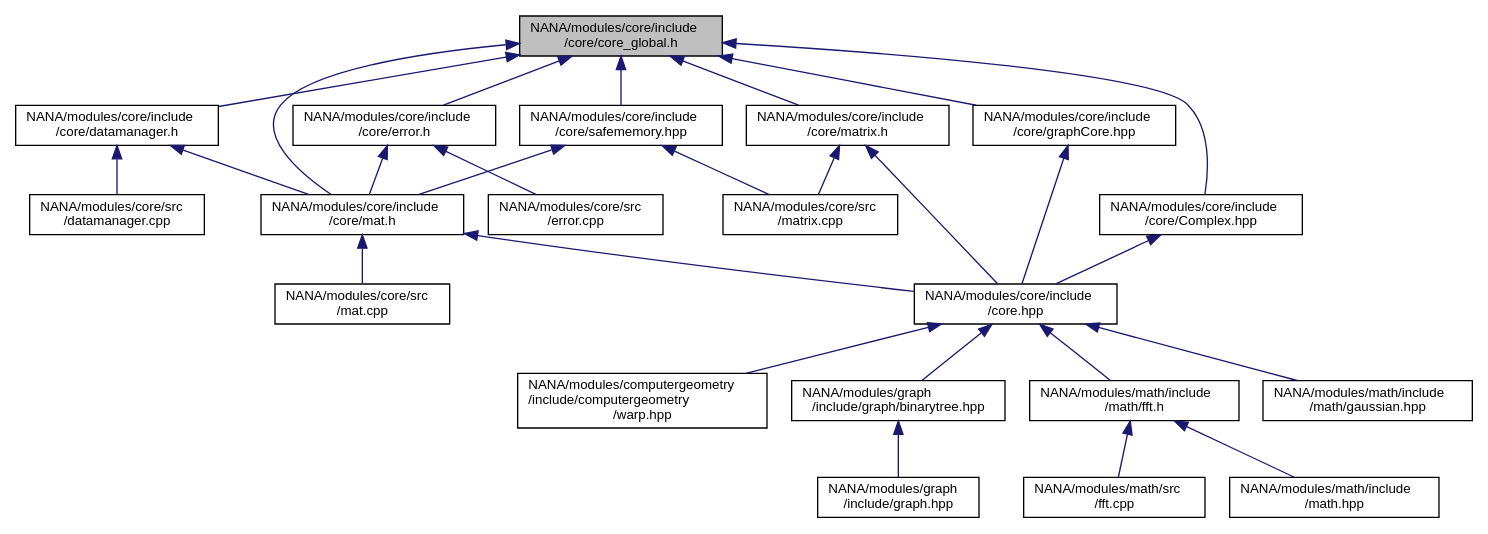
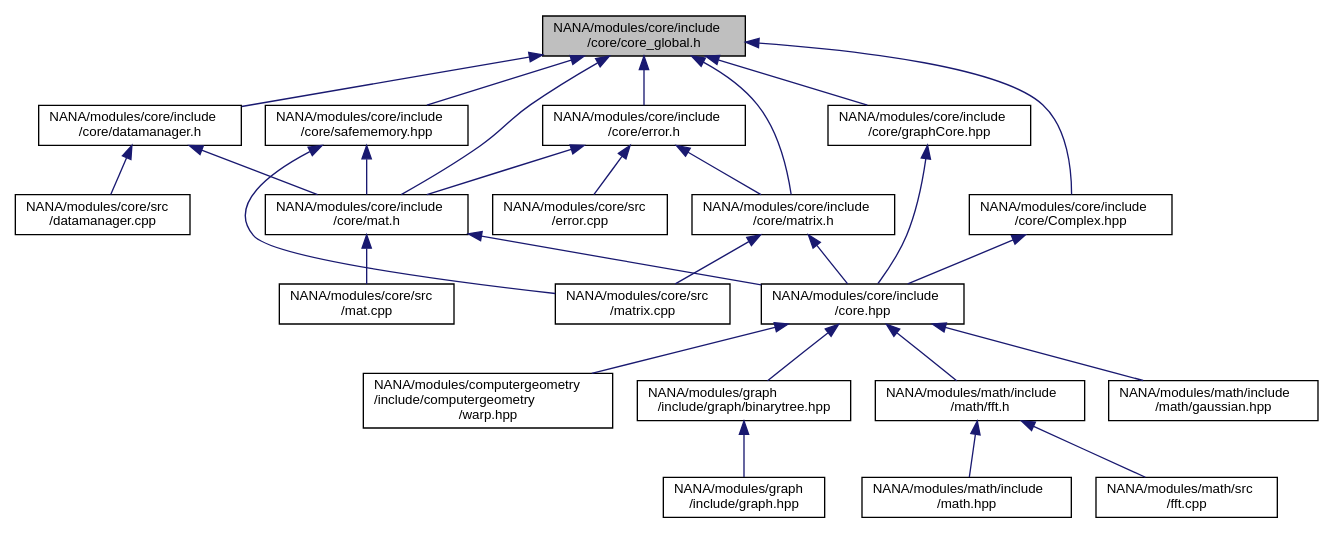
One commit to YuruTu/NANA changed the diagram in docs/core__global_8h__dep__incl.dot. Above: the diagram before and after it, drawn with Graphviz. The commit also changed 99 other files, not shown here.

```diff
--- a/docs/core__global_8h__dep__incl.dot
+++ b/docs/core__global_8h__dep__incl.dot
@@ -1,52 +1,53 @@
 digraph "NANA/modules/core/include/core/core_global.h"
 {
  // LATEX_PDF_SIZE
   edge [fontname="Helvetica",fontsize="10",labelfontname="Helvetica",labelfontsize="10"];
   node [fontname="Helvetica",fontsize="10",shape=record];
   Node1 [label="NANA/modules/core/include\l/core/core_global.h",height=0.2,width=0.4,color="black", fillcolor="grey75", style="filled", fontcolor="black",tooltip="全局头文件"];
   Node1 -> Node2 [dir="back",color="midnightblue",fontsize="10",style="solid",fontname="Helvetica"];
   Node2 [label="NANA/modules/core/include\l/core/Complex.hpp",height=0.2,width=0.4,color="black", fillcolor="white", style="filled",URL="$_complex_8hpp.html",tooltip="实现复数"];
   Node2 -> Node3 [dir="back",color="midnightblue",fontsize="10",style="solid",fontname="Helvetica"];
   Node3 [label="NANA/modules/core/include\l/core.hpp",height=0.2,width=0.4,color="black", fillcolor="white", style="filled",URL="$core_8hpp.html",tooltip="包含基本的数据结构等"];
   Node3 -> Node4 [dir="back",color="midnightblue",fontsize="10",style="solid",fontname="Helvetica"];
   Node4 [label="NANA/modules/computergeometry\l/include/computergeometry\l/warp.hpp",height=0.2,width=0.4,color="black", fillcolor="white", style="filled",URL="$warp_8hpp.html",tooltip="实现点集的仿射变换和透视变换"];
   Node3 -> Node5 [dir="back",color="midnightblue",fontsize="10",style="solid",fontname="Helvetica"];
   Node5 [label="NANA/modules/graph\l/include/graph/binarytree.hpp",height=0.2,width=0.4,color="black", fillcolor="white", style="filled",URL="$binarytree_8hpp.html",tooltip="实现二叉树的模板"];
   Node5 -> Node6 [dir="back",color="midnightblue",fontsize="10",style="solid",fontname="Helvetica"];
   Node6 [label="NANA/modules/graph\l/include/graph.hpp",height=0.2,width=0.4,color="black", fillcolor="white", style="filled",URL="$graph_8hpp.html",tooltip="实现图论相关算法"];
   Node3 -> Node7 [dir="back",color="midnightblue",fontsize="10",style="solid",fontname="Helvetica"];
   Node7 [label="NANA/modules/math/include\l/math/fft.h",height=0.2,width=0.4,color="black", fillcolor="white", style="filled",URL="$fft_8h_source.html",tooltip=" "];
   Node7 -> Node8 [dir="back",color="midnightblue",fontsize="10",style="solid",fontname="Helvetica"];
   Node8 [label="NANA/modules/math/include\l/math.hpp",height=0.2,width=0.4,color="black", fillcolor="white", style="filled",URL="$math_8hpp.html",tooltip="实现基本的数学运算"];
   Node7 -> Node9 [dir="back",color="midnightblue",fontsize="10",style="solid",fontname="Helvetica"];
   Node9 [label="NANA/modules/math/src\l/fft.cpp",height=0.2,width=0.4,color="black", fillcolor="white", style="filled",URL="$fft_8cpp_source.html",tooltip=" "];
   Node3 -> Node10 [dir="back",color="midnightblue",fontsize="10",style="solid",fontname="Helvetica"];
-  Node10 [label="NANA/modules/math/include\l/math/gaussian.hpp",height=0.2,width=0.4,color="black", fillcolor="white", style="filled",URL="$gaussian_8hpp_source.html",tooltip=" "];
+  Node10 [label="NANA/modules/math/include\l/math/gaussian.hpp",height=0.2,width=0.4,color="black", fillcolor="white", style="filled",URL="$gaussian_8hpp.html",tooltip="实现高斯相关的算法"];
   Node1 -> Node11 [dir="back",color="midnightblue",fontsize="10",style="solid",fontname="Helvetica"];
   Node11 [label="NANA/modules/core/include\l/core/datamanager.h",height=0.2,width=0.4,color="black", fillcolor="white", style="filled",URL="$datamanager_8h.html",tooltip="实现一个数据管理器"];
   Node11 -> Node12 [dir="back",color="midnightblue",fontsize="10",style="solid",fontname="Helvetica"];
   Node12 [label="NANA/modules/core/include\l/core/mat.h",height=0.2,width=0.4,color="black", fillcolor="white", style="filled",URL="$mat_8h.html",tooltip="实现一个用于矩阵运算的模板类(仍在实现当中)"];
   Node12 -> Node3 [dir="back",color="midnightblue",fontsize="10",style="solid",fontname="Helvetica"];
   Node12 -> Node13 [dir="back",color="midnightblue",fontsize="10",style="solid",fontname="Helvetica"];
   Node13 [label="NANA/modules/core/src\l/mat.cpp",height=0.2,width=0.4,color="black", fillcolor="white", style="filled",URL="$mat_8cpp.html",tooltip="实现Mat的相关功能"];
   Node11 -> Node14 [dir="back",color="midnightblue",fontsize="10",style="solid",fontname="Helvetica"];
   Node14 [label="NANA/modules/core/src\l/datamanager.cpp",height=0.2,width=0.4,color="black", fillcolor="white", style="filled",URL="$datamanager_8cpp_source.html",tooltip=" "];
   Node1 -> Node15 [dir="back",color="midnightblue",fontsize="10",style="solid",fontname="Helvetica"];
   Node15 [label="NANA/modules/core/include\l/core/error.h",height=0.2,width=0.4,color="black", fillcolor="white", style="filled",URL="$error_8h.html",tooltip="用于抛出异常"];
   Node15 -> Node12 [dir="back",color="midnightblue",fontsize="10",style="solid",fontname="Helvetica"];
   Node15 -> Node16 [dir="back",color="midnightblue",fontsize="10",style="solid",fontname="Helvetica"];
-  Node16 [label="NANA/modules/core/src\l/error.cpp",height=0.2,width=0.4,color="black", fillcolor="white", style="filled",URL="$error_8cpp_source.html",tooltip=" "];
-  Node1 -> Node17 [dir="back",color="midnightblue",fontsize="10",style="solid",fontname="Helvetica"];
-  Node17 [label="NANA/modules/core/include\l/core/graphCore.hpp",height=0.2,width=0.4,color="black", fillcolor="white", style="filled",URL="$graph_core_8hpp.html",tooltip="为图论算法实现的基本数据结构"];
-  Node17 -> Node3 [dir="back",color="midnightblue",fontsize="10",style="solid",fontname="Helvetica"];
+  Node16 [label="NANA/modules/core/include\l/core/matrix.h",height=0.2,width=0.4,color="black", fillcolor="white", style="filled",URL="$matrix_8h.html",tooltip="简单矩阵类(效率不高，但易于理解，很多时候会触发复制构造函数)，不同于Mat"];
+  Node16 -> Node3 [dir="back",color="midnightblue",fontsize="10",style="solid",fontname="Helvetica"];
+  Node16 -> Node17 [dir="back",color="midnightblue",fontsize="10",style="solid",fontname="Helvetica"];
+  Node17 [label="NANA/modules/core/src\l/matrix.cpp",height=0.2,width=0.4,color="black", fillcolor="white", style="filled",URL="$matrix_8cpp.html",tooltip="简单矩阵类的实现"];
+  Node15 -> Node18 [dir="back",color="midnightblue",fontsize="10",style="solid",fontname="Helvetica"];
+  Node18 [label="NANA/modules/core/src\l/error.cpp",height=0.2,width=0.4,color="black", fillcolor="white", style="filled",URL="$error_8cpp_source.html",tooltip=" "];
+  Node1 -> Node19 [dir="back",color="midnightblue",fontsize="10",style="solid",fontname="Helvetica"];
+  Node19 [label="NANA/modules/core/include\l/core/graphCore.hpp",height=0.2,width=0.4,color="black", fillcolor="white", style="filled",URL="$graph_core_8hpp.html",tooltip="为图论算法实现的基本数据结构"];
+  Node19 -> Node3 [dir="back",color="midnightblue",fontsize="10",style="solid",fontname="Helvetica"];
   Node1 -> Node12 [dir="back",color="midnightblue",fontsize="10",style="solid",fontname="Helvetica"];
-  Node1 -> Node18 [dir="back",color="midnightblue",fontsize="10",style="solid",fontname="Helvetica"];
-  Node18 [label="NANA/modules/core/include\l/core/matrix.h",height=0.2,width=0.4,color="black", fillcolor="white", style="filled",URL="$matrix_8h.html",tooltip="简单矩阵类(效率不高，但易于理解，很多时候会触发复制构造函数)，不同于Mat"];
-  Node18 -> Node3 [dir="back",color="midnightblue",fontsize="10",style="solid",fontname="Helvetica"];
-  Node18 -> Node19 [dir="back",color="midnightblue",fontsize="10",style="solid",fontname="Helvetica"];
-  Node19 [label="NANA/modules/core/src\l/matrix.cpp",height=0.2,width=0.4,color="black", fillcolor="white", style="filled",URL="$matrix_8cpp_source.html",tooltip=" "];
+  Node1 -> Node16 [dir="back",color="midnightblue",fontsize="10",style="solid",fontname="Helvetica"];
   Node1 -> Node20 [dir="back",color="midnightblue",fontsize="10",style="solid",fontname="Helvetica"];
   Node20 [label="NANA/modules/core/include\l/core/safememory.hpp",height=0.2,width=0.4,color="black", fillcolor="white", style="filled",URL="$safememory_8hpp.html",tooltip="实现安全的内存管理"];
   Node20 -> Node12 [dir="back",color="midnightblue",fontsize="10",style="solid",fontname="Helvetica"];
-  Node20 -> Node19 [dir="back",color="midnightblue",fontsize="10",style="solid",fontname="Helvetica"];
+  Node20 -> Node17 [dir="back",color="midnightblue",fontsize="10",style="solid",fontname="Helvetica"];
 }
```
